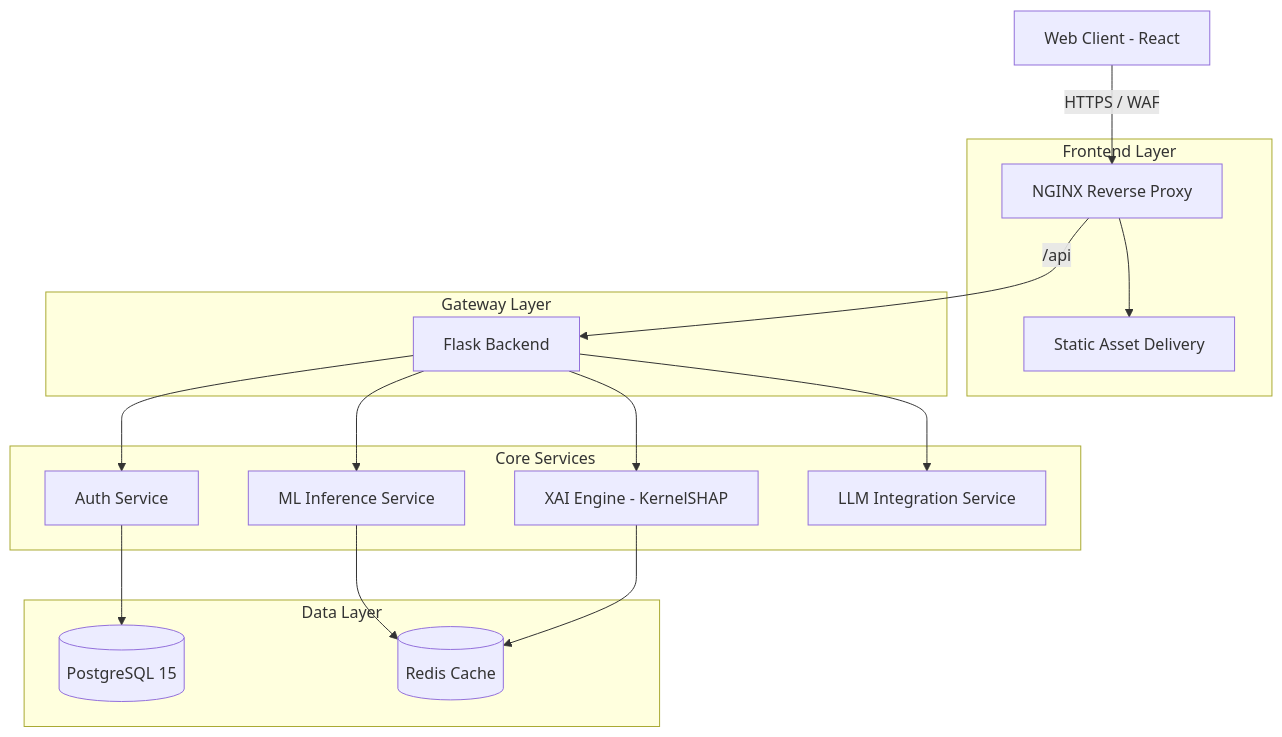
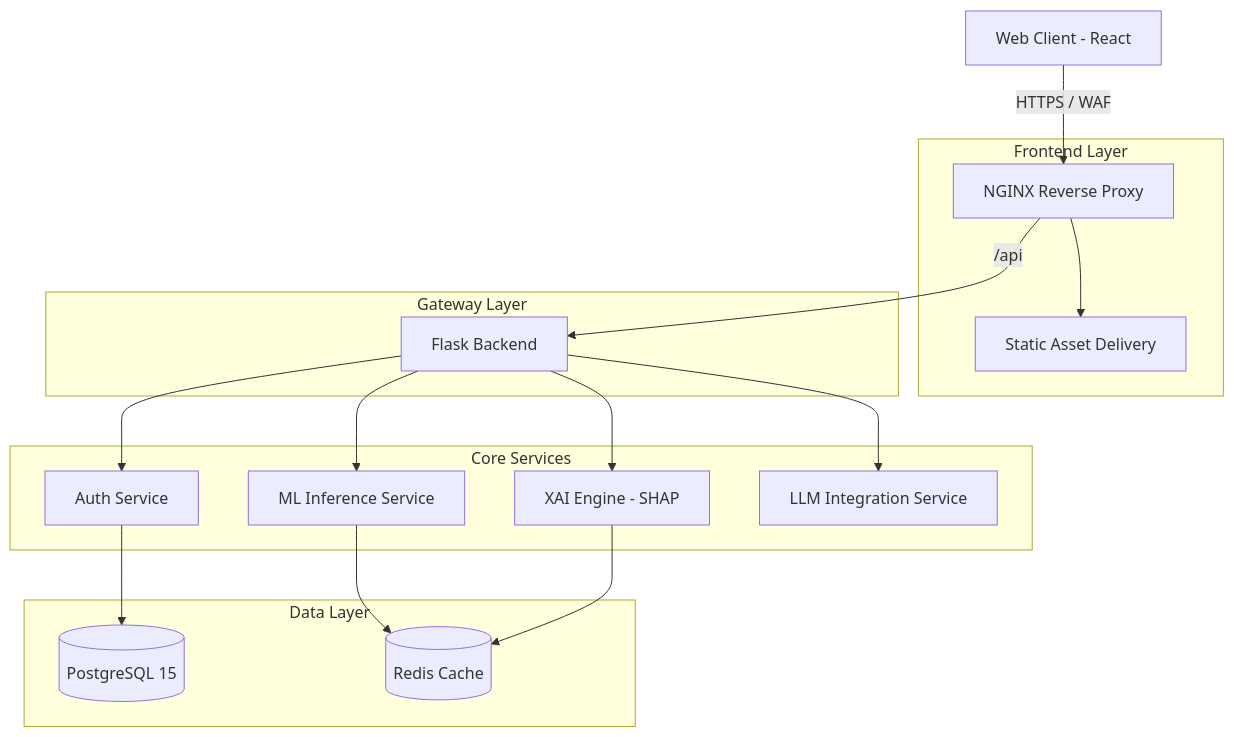
Before and after one commit to JagabattulaKarthikeya-1227/FraudShield-AI: the first of 2 diagrams in docs/ARCHITECTURE.md, drawn with Mermaid. The commit also changed 18 other files, not shown here.

Commit message:
docs: Final cleanup of architectural and performance claims for integrity (Problem #12)

````diff
--- a/docs/ARCHITECTURE.md
+++ b/docs/ARCHITECTURE.md
@@ -7,25 +7,25 @@
 ```mermaid
 graph TD
     Client[Web Client - React] -->|HTTPS / WAF| Proxy[NGINX Reverse Proxy]
     
     subgraph Frontend Layer
         Proxy --> Assets[Static Asset Delivery]
     end
     
     subgraph Gateway Layer
         Proxy -->|/api| Gateway[Flask Backend]
     end
     
     subgraph Core Services
         Gateway --> Auth[Auth Service]
         Gateway --> Inference[ML Inference Service]
-        Gateway --> Explain[XAI Engine - KernelSHAP]
+        Gateway --> Explain[XAI Engine - SHAP]
         Gateway --> Copilot[LLM Integration Service]
     end
     
     subgraph Data Layer
         Auth --> Postgres[(PostgreSQL 15)]
         Inference --> Redis[(Redis Cache)]
         Explain --> Redis
     end
 ```
````
